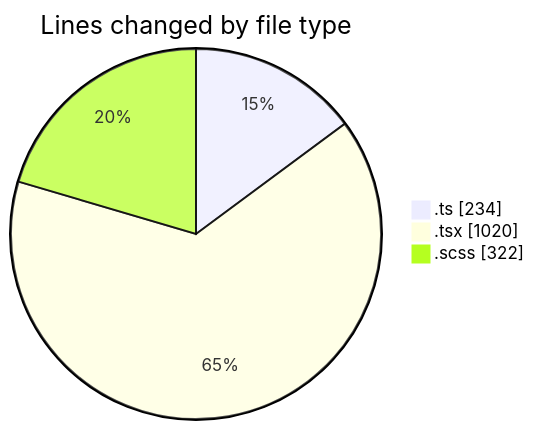
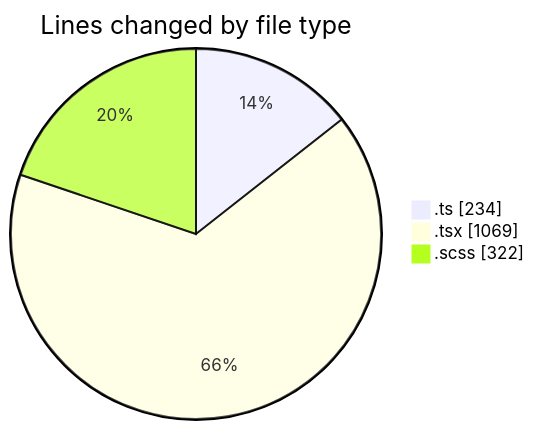
One commit to momahboobian/code-tracking changed the first of 2 diagrams in 2025-05-01/cda/README.md. Above: the diagram before and after it, drawn with Mermaid. The commit also changed other lines of this file and 1 other file, not shown here.

````diff
--- a/2025-05-01/cda/README.md
+++ b/2025-05-01/cda/README.md
@@ -29,7 +29,7 @@
 ```mermaid
 pie showData
 title Lines changed by file type
 ".ts" : 234
-".tsx" : 1020
+".tsx" : 1069
 ".scss" : 322
 ```
````
